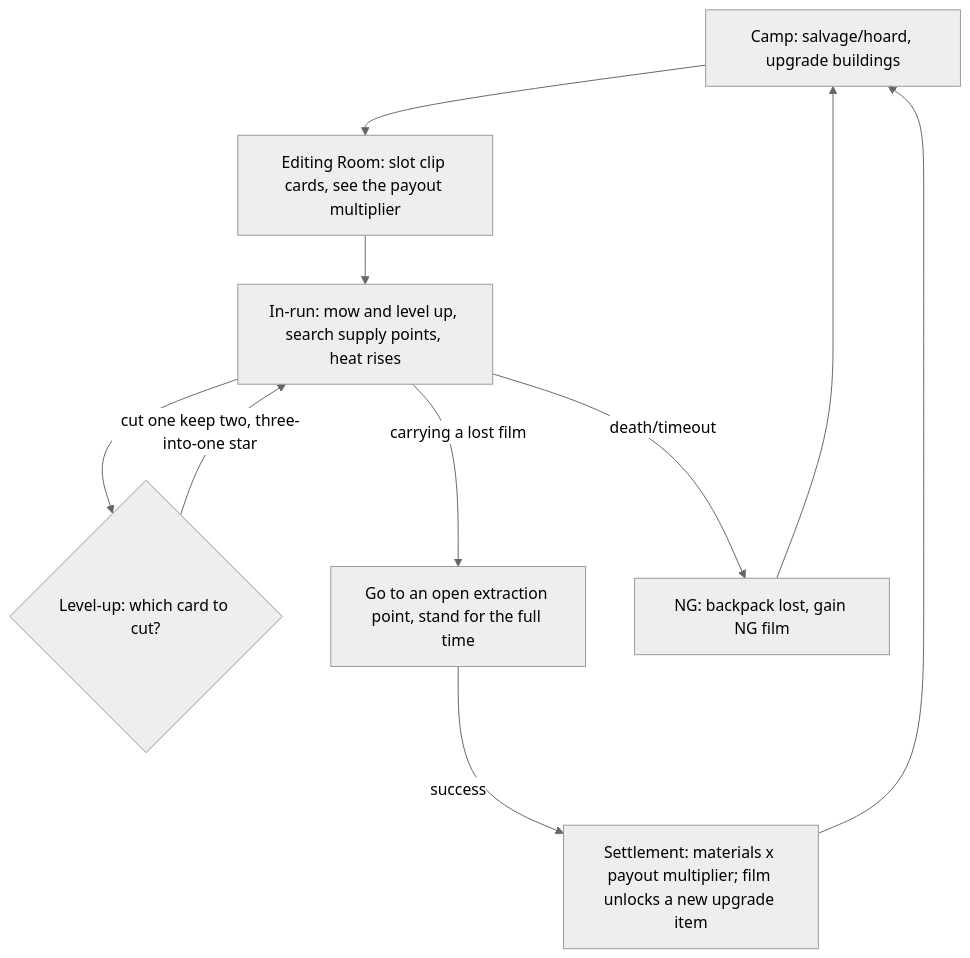
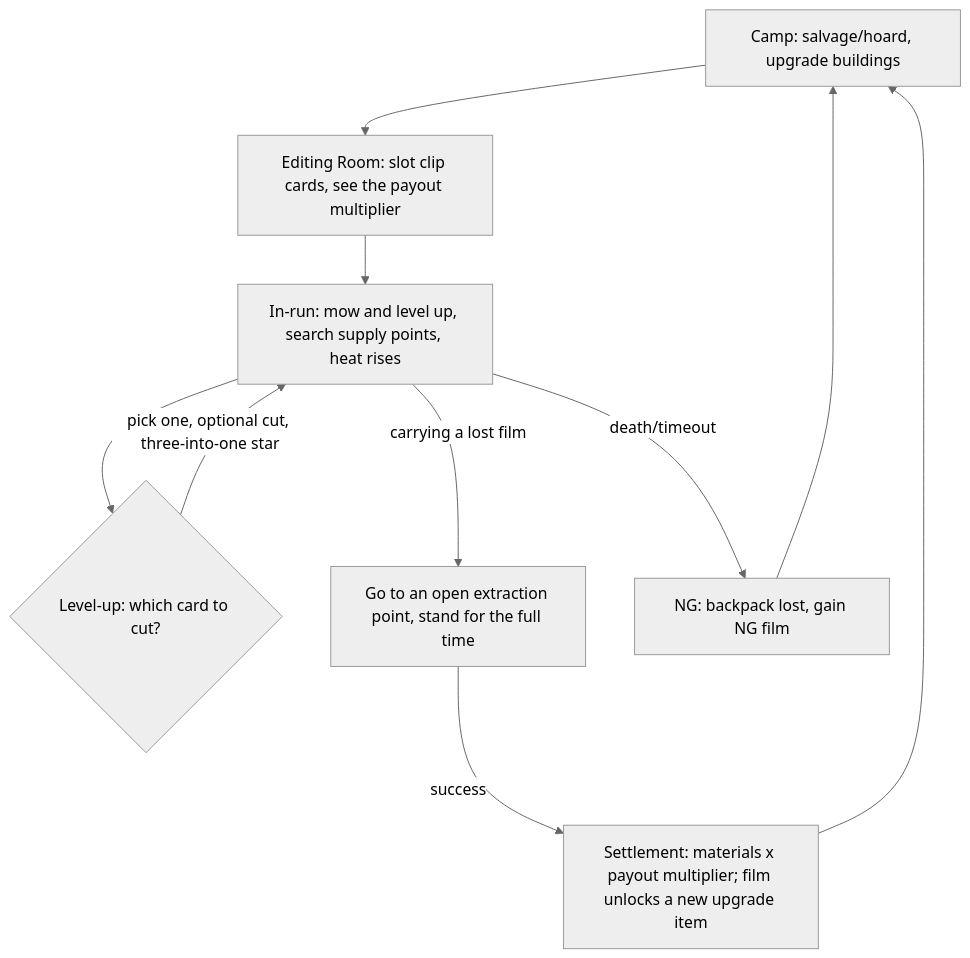
The diagram in design/prd/master-prd.md (Huangyu-Shen/2026-epic-gamejam), drawn with Mermaid (neutral theme) before and after one commit. The commit also changed other lines of this file and 37 other files, not shown here.

First line of the commit message:
feat: boss uses cut options, keep everything on the floor, docs sync (#5)

````diff
--- a/design/prd/master-prd.md
+++ b/design/prd/master-prd.md
@@ -29,12 +29,12 @@
 ```mermaid
 flowchart TB
   A[Camp: salvage/hoard, upgrade buildings] --> B[Editing Room: slot clip cards, see the payout multiplier]
   B --> C[In-run: mow and level up, search supply points, heat rises]
   C --> D{Level-up: which card to cut?}
-  D -->|cut one keep two, three-into-one star| C
+  D -->|pick one, optional cut, three-into-one star| C
   C -->|carrying a lost film| E[Go to an open extraction point, stand for the full time]
   E -->|success| F[Settlement: materials x payout multiplier; film unlocks a new upgrade item]
   C -->|death/timeout| G[NG: backpack lost, gain NG film]
   F --> A
   G --> A
 ```
````
